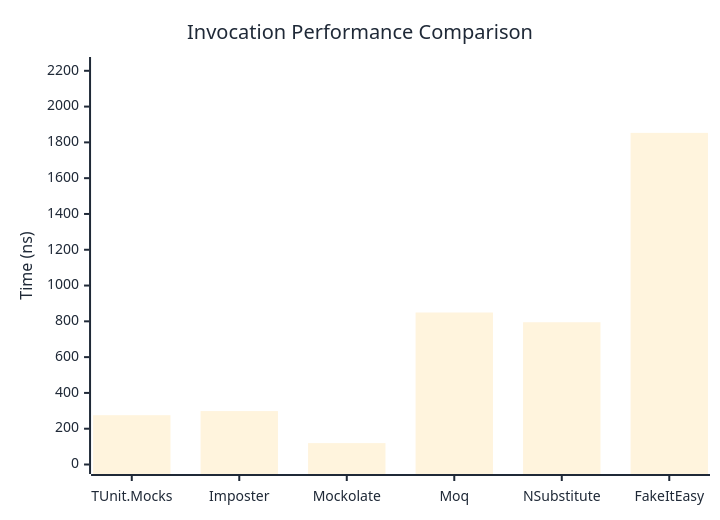
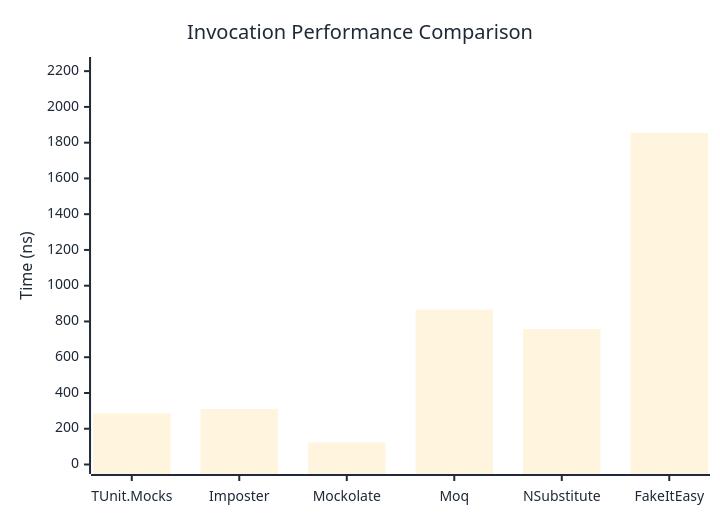
One commit to thomhurst/TUnit changed the first of 3 diagrams in docs/docs/benchmarks/mocks/Invocation.md. Above: the diagram before and after it, drawn with Mermaid. The commit also changed other lines of this file and 14 other files, not shown here.

````diff
--- a/docs/docs/benchmarks/mocks/Invocation.md
+++ b/docs/docs/benchmarks/mocks/Invocation.md
@@ -30,27 +30,27 @@
 ```mermaid
 %%{init: {
   'theme':'base',
   'themeVariables': {
     'primaryColor': '#2563eb',
     'primaryTextColor': '#1f2937',
     'primaryBorderColor': '#1e40af',
     'lineColor': '#6b7280',
     'secondaryColor': '#7c3aed',
     'tertiaryColor': '#dc2626',
     'background': '#ffffff',
     'pie1': '#2563eb',
     'pie2': '#7c3aed',
     'pie3': '#dc2626',
     'pie4': '#f59e0b',
     'pie5': '#10b981',
     'pie6': '#06b6d4',
     'pie7': '#ec4899',
     'pie8': '#6366f1'
   }
 }}%%
 xychart-beta
   title "Invocation Performance Comparison"
   x-axis ["TUnit.Mocks", "Imposter", "Mockolate", "Moq", "NSubstitute", "FakeItEasy"]
-  y-axis "Time (ns)" 0 --> 2224
-  bar [275.52, 298.59, 119.63, 849.37, 794.92, 1853.11]
+  y-axis "Time (ns)" 0 --> 2226
+  bar [286.2, 310.4, 123.5, 866, 757.2, 1854.7]
 ```
````
